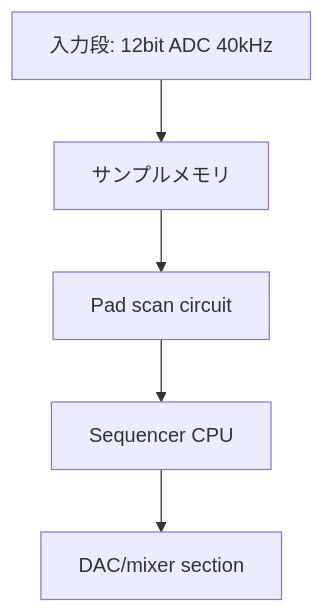
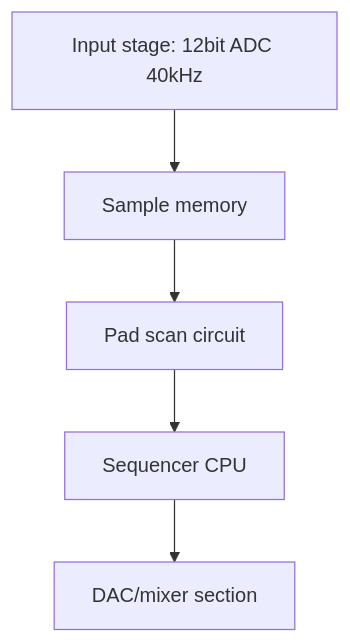
The fifth of 21 diagrams in en/_posts/2025-11-20-column-akai-mpc-60-emu-sp1200.md (monumental-movement/monumental-movement.github.io), drawn with Mermaid before and after one commit. The commit also changed other lines of this file and 460 other files, not shown here.

```diff
--- a/en/_posts/2025-11-20-column-akai-mpc-60-emu-sp1200.md
+++ b/en/_posts/2025-11-20-column-akai-mpc-60-emu-sp1200.md
@@ -287,9 +287,9 @@
 <div class="mermaid">
     
 flowchart TD
-    A["入力段: 12bit ADC 40kHz"] --> B["サンプルメモリ"]
+    A["Input stage: 12bit ADC 40kHz"] --> B["Sample memory"]
     B --> C["Pad scan circuit"]
     C --> D["Sequencer CPU"]
     D --> E["DAC/mixer section"]
 
 </div> 
```
